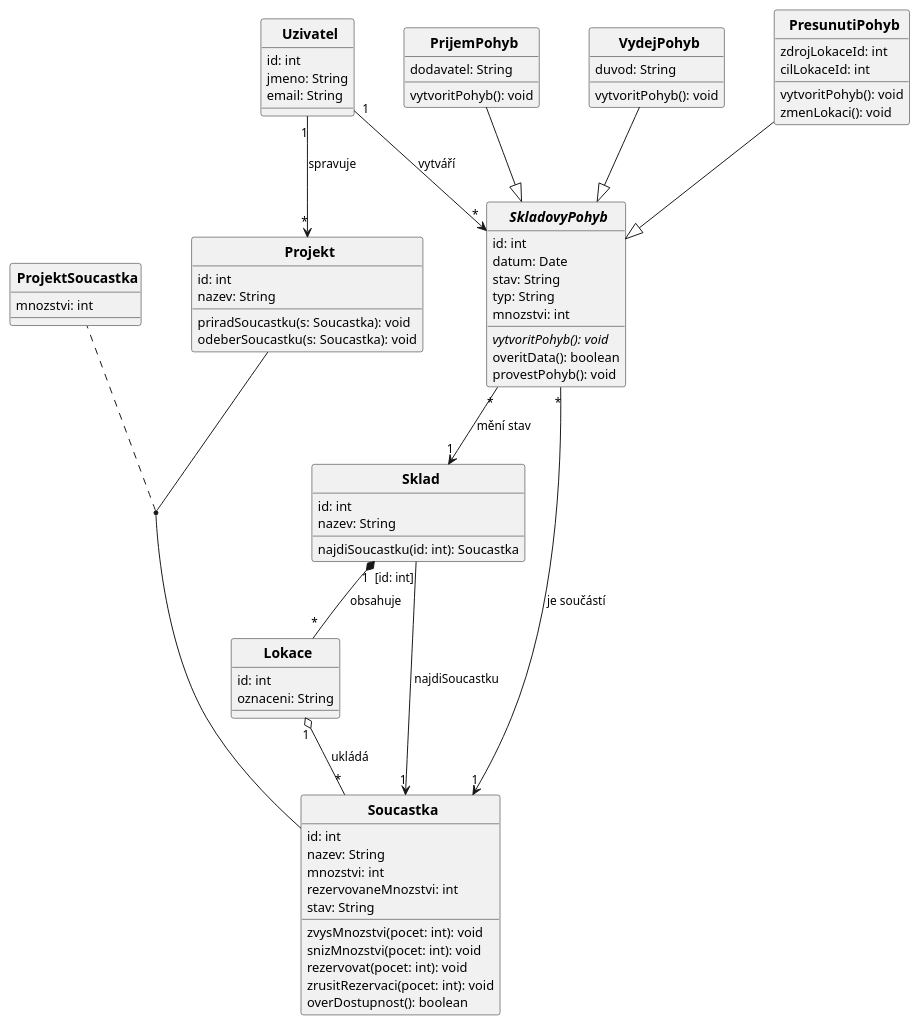
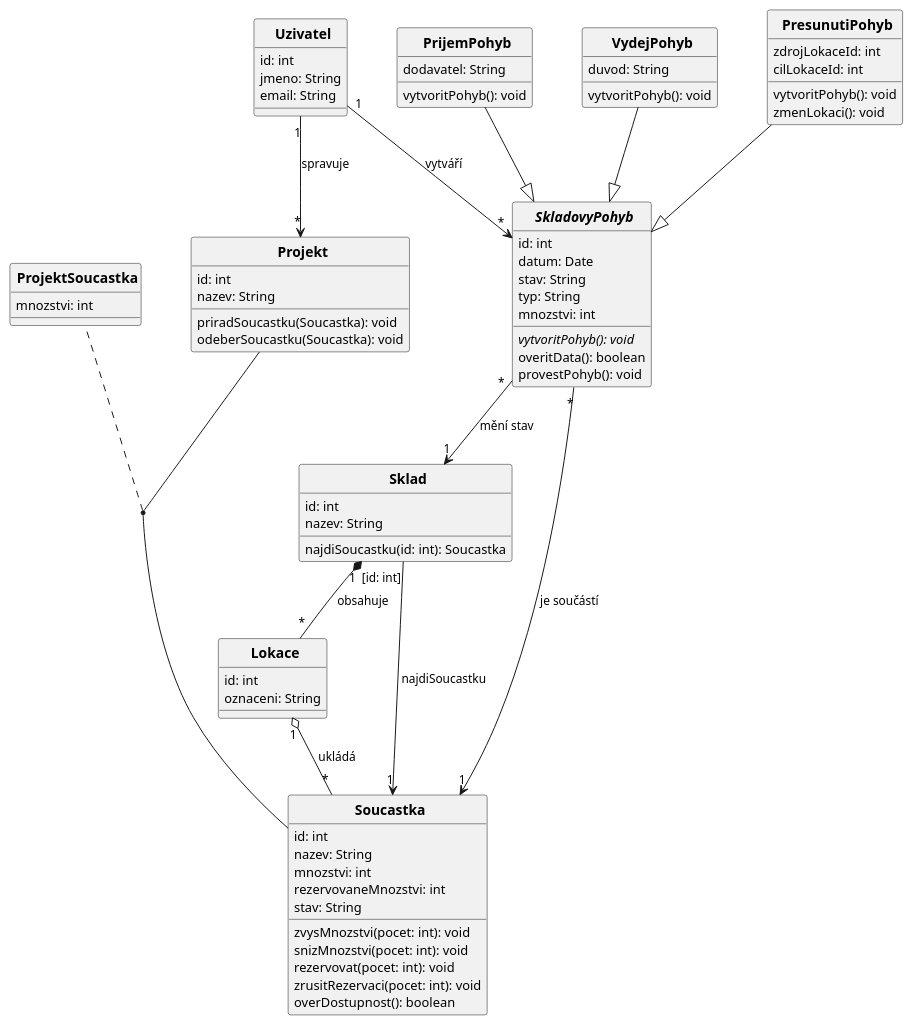
Before and after one commit to lkvapil/kOdevzdaniProjektWMS: the diagram in diagrams/02_class_diagram.puml, drawn with PlantUML. The commit also changed 1 other file, not shown here.

```diff
--- a/diagrams/02_class_diagram.puml
+++ b/diagrams/02_class_diagram.puml
@@ -1,106 +1,106 @@
 @startuml
 top to bottom direction
 skinparam CircledCharacterRadius 0
 skinparam CircledCharacterFontSize 0
 skinparam defaultFontSize 13
 skinparam classFontSize 14
 skinparam classFontStyle bold
 skinparam ArrowFontSize 12
 skinparam nodesep 50
 skinparam ranksep 60
 
 class Uzivatel {
   id: int
   jmeno: String
   email: String
 }
 
 class PrijemPohyb {
   dodavatel: String
   vytvoritPohyb(): void
 }
 
 class VydejPohyb {
   duvod: String
   vytvoritPohyb(): void
 }
 
 class PresunutiPohyb {
   zdrojLokaceId: int
   cilLokaceId: int
   vytvoritPohyb(): void
   zmenLokaci(): void
 }
 
 abstract class SkladovyPohyb {
   id: int
   datum: Date
   stav: String
   typ: String
   mnozstvi: int
   {abstract} vytvoritPohyb(): void
   overitData(): boolean
   provestPohyb(): void
 }
 
 class Projekt {
   id: int
   nazev: String
-  priradSoucastku(s: Soucastka): void
-  odeberSoucastku(s: Soucastka): void
+  priradSoucastku(Soucastka): void
+  odeberSoucastku(Soucastka): void
 }
 
 class ProjektSoucastka {
   mnozstvi: int
 }
 
 class Sklad {
   id: int
   nazev: String
   najdiSoucastku(id: int): Soucastka
 }
 
 class Lokace {
   id: int
   oznaceni: String
 }
 
 class Soucastka {
   id: int
   nazev: String
   mnozstvi: int
   rezervovaneMnozstvi: int
   stav: String
   zvysMnozstvi(pocet: int): void
   snizMnozstvi(pocet: int): void
   rezervovat(pocet: int): void
   zrusitRezervaci(pocet: int): void
   overDostupnost(): boolean
 }
 
 ' ── Generalizace ──────────────────────────────────────────────────────────────
 PrijemPohyb    --|> SkladovyPohyb
 VydejPohyb     --|> SkladovyPohyb
 PresunutiPohyb --|> SkladovyPohyb
 
 ' ── Atribut spojení ───────────────────────────────────────────────────────────
 (Projekt, Soucastka) .. ProjektSoucastka
 Projekt -[hidden]left- ProjektSoucastka
 
 ' ── Kvalifikovaná vazba ───────────────────────────────────────────────────────
 Sklad "[id: int]" --> "1" Soucastka : najdiSoucastku
 
 ' ── Asociace ──────────────────────────────────────────────────────────────────
 SkladovyPohyb "*" --> "1" Soucastka     : je součástí
 Sklad         "1" *-- "*" Lokace        : obsahuje
 Lokace        "1" o-- "*" Soucastka     : ukládá
 SkladovyPohyb "*" --> "1" Sklad         : mění stav
 Uzivatel      "1" --> "*" SkladovyPohyb : vytváří
 Uzivatel      "1" --> "*" Projekt       : spravuje
 
 ' ── Layout ────────────────────────────────────────────────────────────────────
 Uzivatel    -[hidden]right- PrijemPohyb
 PrijemPohyb -[hidden]right- VydejPohyb
 VydejPohyb  -[hidden]right- PresunutiPohyb
 
 @enduml
```
